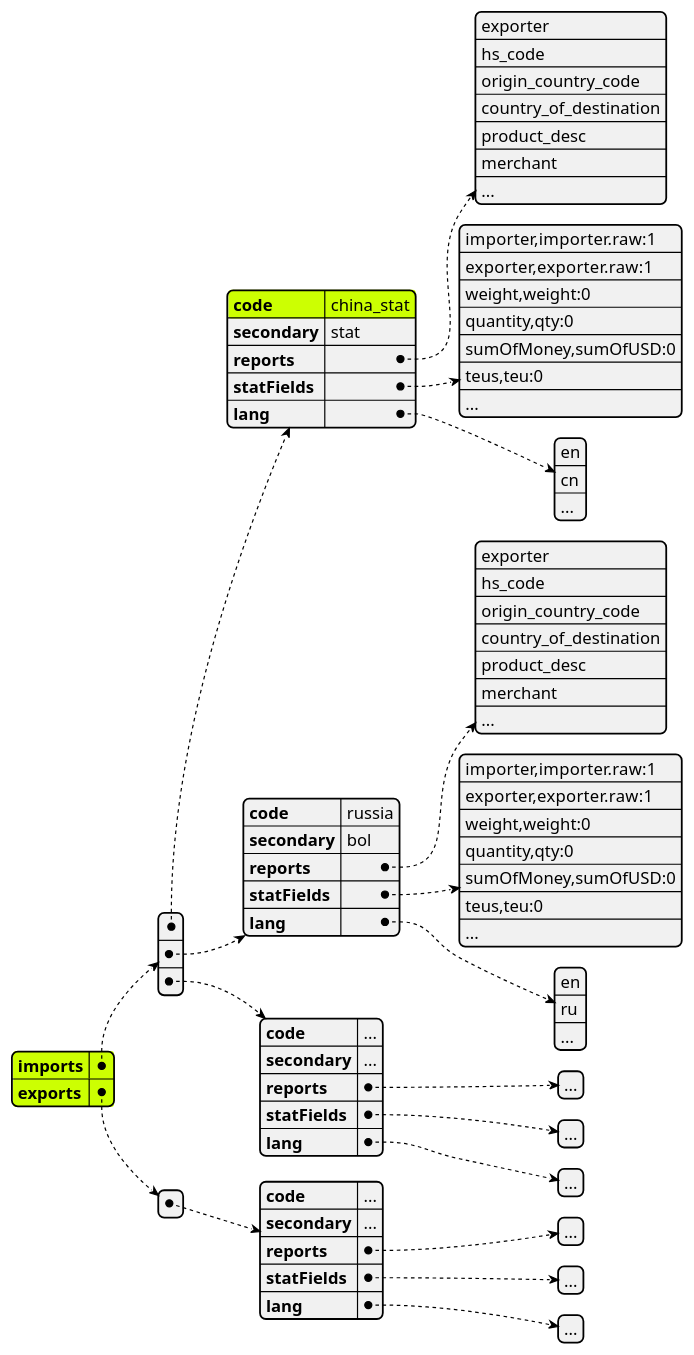
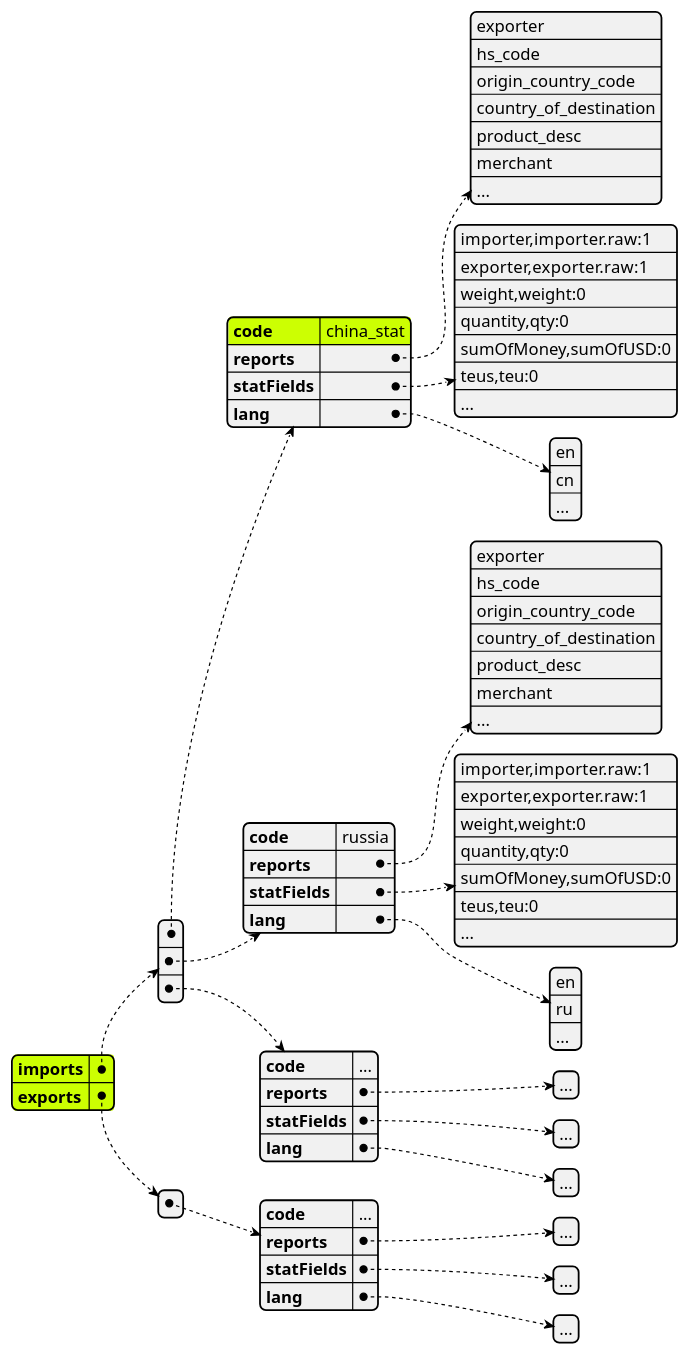
The diagram in plantuml/tradec/ds_config.puml (lwpk110/tendata-assets), drawn with PlantUML before and after one commit. The commit also changed 2 other files, not shown here.

```diff
--- a/plantuml/tradec/ds_config.puml
+++ b/plantuml/tradec/ds_config.puml
@@ -1,109 +1,105 @@
 @startjson
 ' <style>
 ' jsonDiagram {
 '   node {
 '     BackGroundColor Khaki
 '     LineColor lightblue
 '     FontName Helvetica
 '     FontColor red
 '     FontSize 18
 '     FontStyle bold
 '     RoundCorner 0
 '     LineThickness 2
 '     LineStyle 10;5
 '     separator {
 '       LineThickness 0.5
 '       LineColor black
 '       LineStyle 1;5
 '     }
 '   }
 '   arrow {
 '     BackGroundColor lightblue
 '     LineColor green
 '     LineThickness 2
 '     LineStyle 2;5
 '   }
 '   highlight {
 '     BackGroundColor red
 '     FontColor white
 '     FontStyle italic
 '   }
 ' }
 ' </style>
 #highlight "imports"
 #highlight "imports" / "0" / "code" 
 #highlight "exports"
 ' #highlight "address" / "city"
 ' #highlight "phoneNumbers" / "0" / "number"
 {
 	"imports": [{
 			"code": "china_stat",
-			"secondary": "stat",
 			"reports": [
 				"exporter",
 				"hs_code",
 				"origin_country_code",
 				"country_of_destination",
 				"product_desc",
 				"merchant",
 				"..."
 			],
 			"statFields": [
 				"importer,importer.raw:1",
 				"exporter,exporter.raw:1",
 				"weight,weight:0",
 				"quantity,qty:0",
 				"sumOfMoney,sumOfUSD:0",
 				"teus,teu:0",
 				"..."
 			],
 			"lang": [
 				"en",
 				"cn",
 				"..."
 			]
 		},
 		{
 			"code": "russia",
-			"secondary": "bol",
 			"reports": [
 				"exporter",
 				"hs_code",
 				"origin_country_code",
 				"country_of_destination",
 				"product_desc",
 				"merchant",
 				"..."
 			],
 			"statFields": [
 				"importer,importer.raw:1",
 				"exporter,exporter.raw:1",
 				"weight,weight:0",
 				"quantity,qty:0",
 				"sumOfMoney,sumOfUSD:0",
 				"teus,teu:0",
 				"..."
 			],
 			"lang": [
 				"en",
 				"ru",
 				"..."
 			]
 		},
 		{
 			"code": "...",
-			"secondary": "...",
 			"reports": ["..."],
 			"statFields": ["..."],
 			"lang": ["..."]
 		}
 	],
 	"exports": [{
 		"code": "...",
-		"secondary": "...",
 		"reports": ["..."],
 		"statFields": ["..."],
 		"lang": ["..."]
 	}]
 }
 @endjson
```
